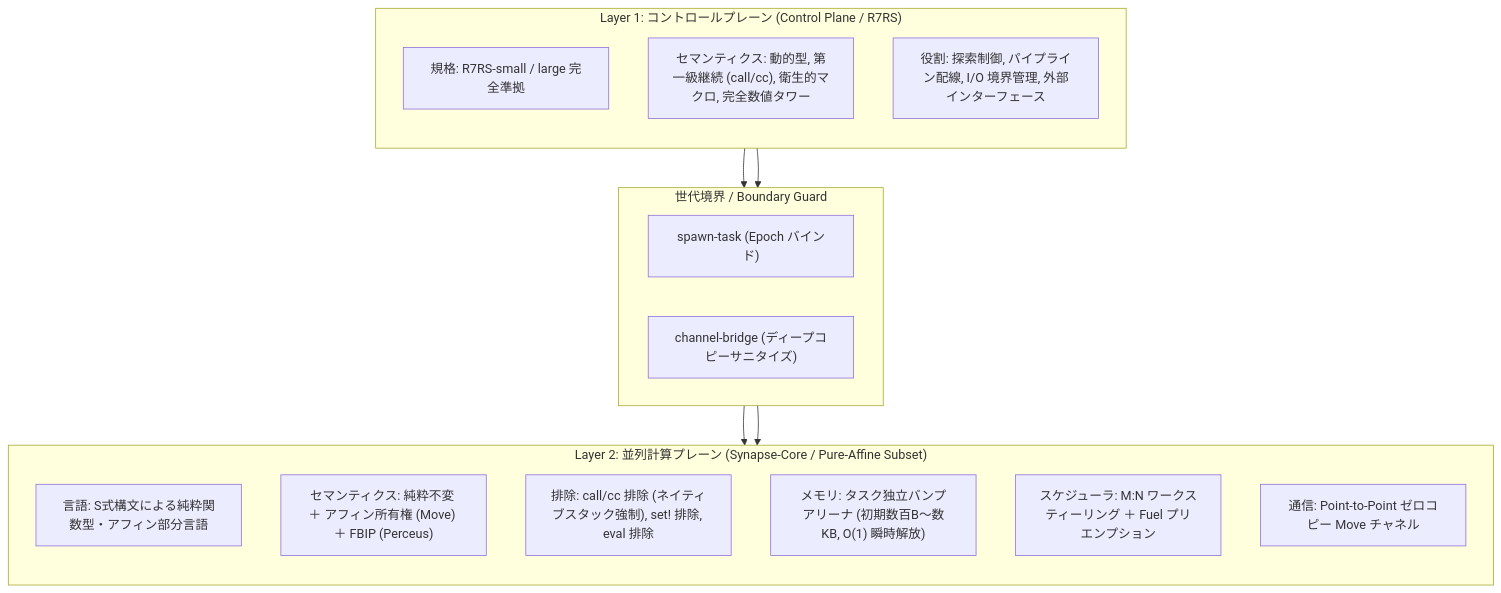
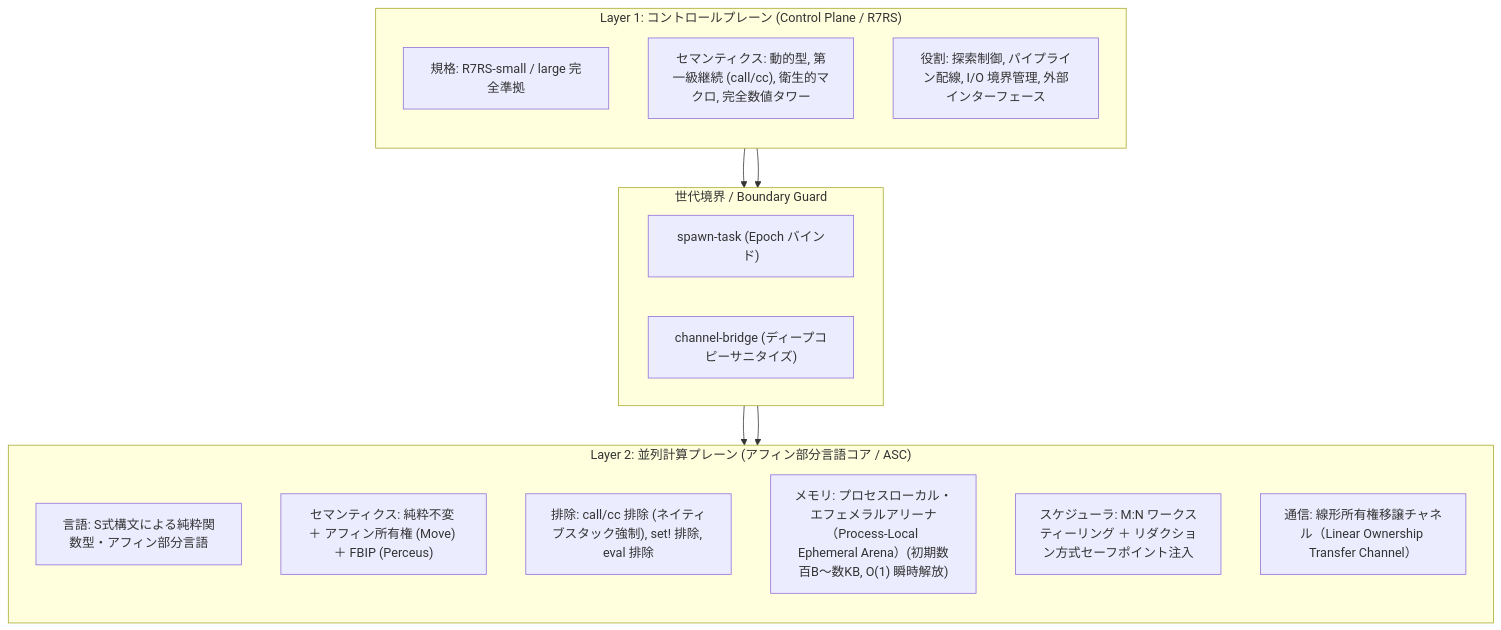
One commit to rokujyouhitoma/arxiv-security-papers changed the first of 8 diagrams in docs/designs/DSN-37-synapse_dual_plane_concurrent_runtime_architecture.md. Above: the diagram before and after it, drawn with Mermaid. The commit also changed other lines of this file and 19 other files, not shown here.

First line of the commit message:
docs(dsn-37): standardize architecture terminology to standard CS concepts

````diff
--- a/docs/designs/DSN-37-synapse_dual_plane_concurrent_runtime_architecture.md
+++ b/docs/designs/DSN-37-synapse_dual_plane_concurrent_runtime_architecture.md
@@ -103,30 +103,30 @@
 ```mermaid
 flowchart TD
     subgraph Layer1 ["Layer 1: コントロールプレーン (Control Plane / R7RS)"]
         direction TB
         L1_Spec["規格: R7RS-small / large 完全準拠"]
         L1_Sem["セマンティクス: 動的型, 第一級継続 (call/cc), 衛生的マクロ, 完全数値タワー"]
         L1_Role["役割: 探索制御, パイプライン配線, I/O 境界管理, 外部インターフェース"]
     end
 
     subgraph Boundary ["世代境界 / Boundary Guard"]
         direction LR
         Spawn["spawn-task (Epoch バインド)"]
         Bridge["channel-bridge (ディープコピーサニタイズ)"]
     end
 
-    subgraph Layer2 ["Layer 2: 並列計算プレーン (Synapse-Core / Pure-Affine Subset)"]
+    subgraph Layer2 ["Layer 2: 並列計算プレーン (アフィン部分言語コア / ASC)"]
         direction TB
         L2_Spec["言語: S式構文による純粋関数型・アフィン部分言語"]
         L2_Sem["セマンティクス: 純粋不変 ＋ アフィン所有権 (Move) ＋ FBIP (Perceus)"]
         L2_Excl["排除: call/cc 排除 (ネイティブスタック強制), set! 排除, eval 排除"]
-        L2_Mem["メモリ: タスク独立バンプアリーナ (初期数百B〜数KB, O(1) 瞬時解放)"]
-        L2_Sched["スケジューラ: M:N ワークスティーリング ＋ Fuel プリエンプション"]
-        L2_Comm["通信: Point-to-Point ゼロコピー Move チャネル"]
+        L2_Mem["メモリ: プロセスローカル・エフェメラルアリーナ（Process-Local Ephemeral Arena）(初期数百B〜数KB, O(1) 瞬時解放)"]
+        L2_Sched["スケジューラ: M:N ワークスティーリング ＋ リダクション方式セーフポイント注入"]
+        L2_Comm["通信: 線形所有権移譲チャネル（Linear Ownership Transfer Channel）"]
     end
 
     Layer1 --> Spawn
     Layer1 --> Bridge
     Spawn --> Layer2
     Bridge --> Layer2
 ```
````
